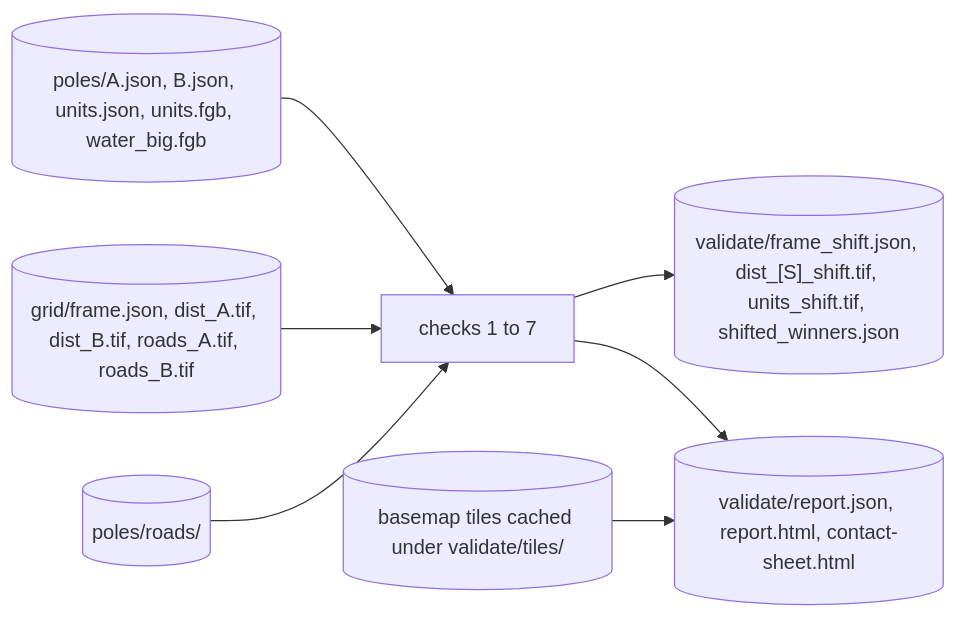
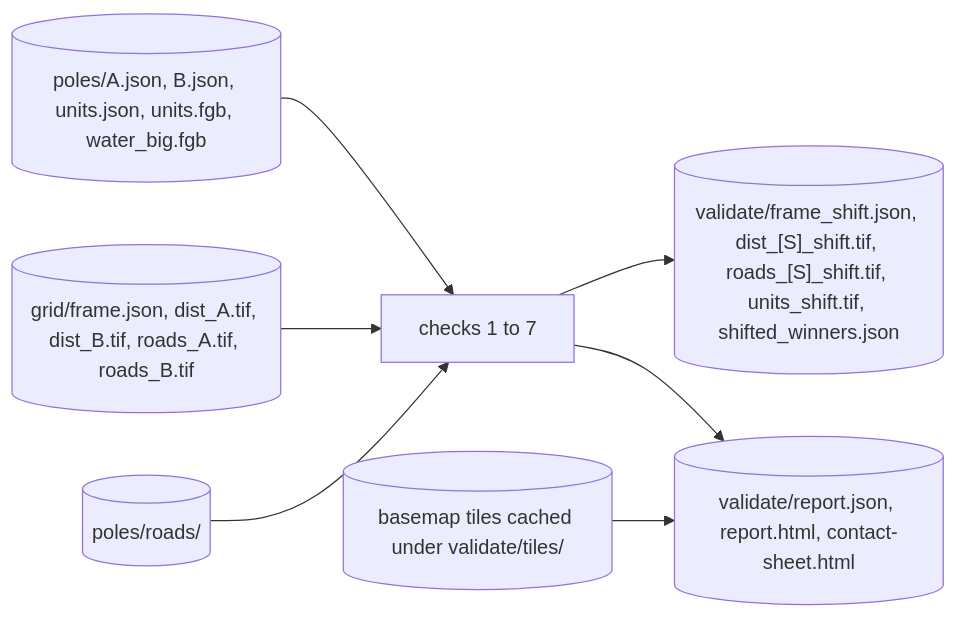
The seventh of 8 diagrams in docs/diagrams/01-pipeline.md (donataskasp/poles-of-remoteness), drawn with Mermaid before and after one commit. The commit also changed other lines of this file and 6 other files, not shown here.

Commit message:
docs: doc pins run against the checkout in CI, site data flow and pipeline tables corrected (#42)

````diff
--- a/docs/diagrams/01-pipeline.md
+++ b/docs/diagrams/01-pipeline.md
@@ -103,9 +103,9 @@
 ```mermaid
 flowchart LR
     ab[("poles/A.json, B.json, units.json, units.fgb, water_big.fgb")] --> checks["checks 1 to 7"]
     gridin[("grid/frame.json, dist_A.tif, dist_B.tif, roads_A.tif, roads_B.tif")] --> checks
     rtiles[("poles/roads/")] --> checks
-    checks --> shift[("validate/frame_shift.json, dist_[S]_shift.tif, units_shift.tif, shifted_winners.json")]
+    checks --> shift[("validate/frame_shift.json, dist_[S]_shift.tif, roads_[S]_shift.tif, units_shift.tif, shifted_winners.json")]
     checks --> rep[("validate/report.json, report.html, contact-sheet.html")]
     basemap[("basemap tiles cached under validate/tiles/")] --> rep
 ```
````
